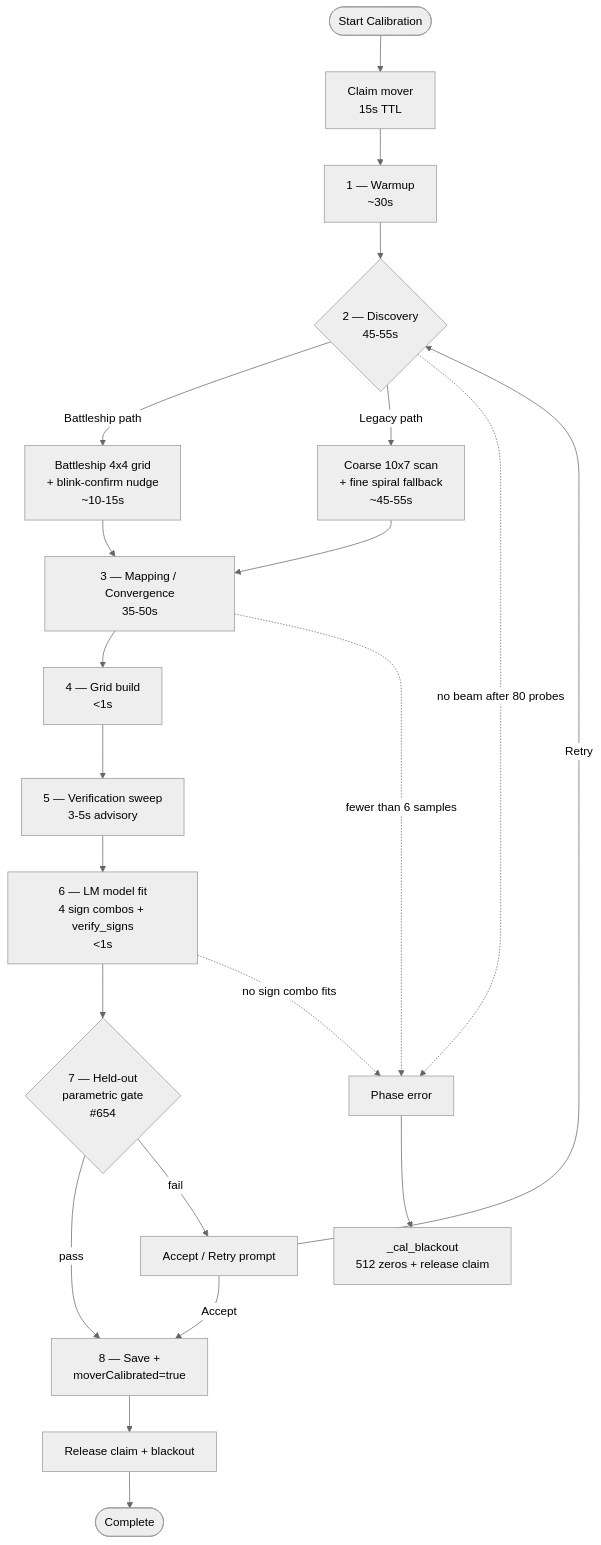
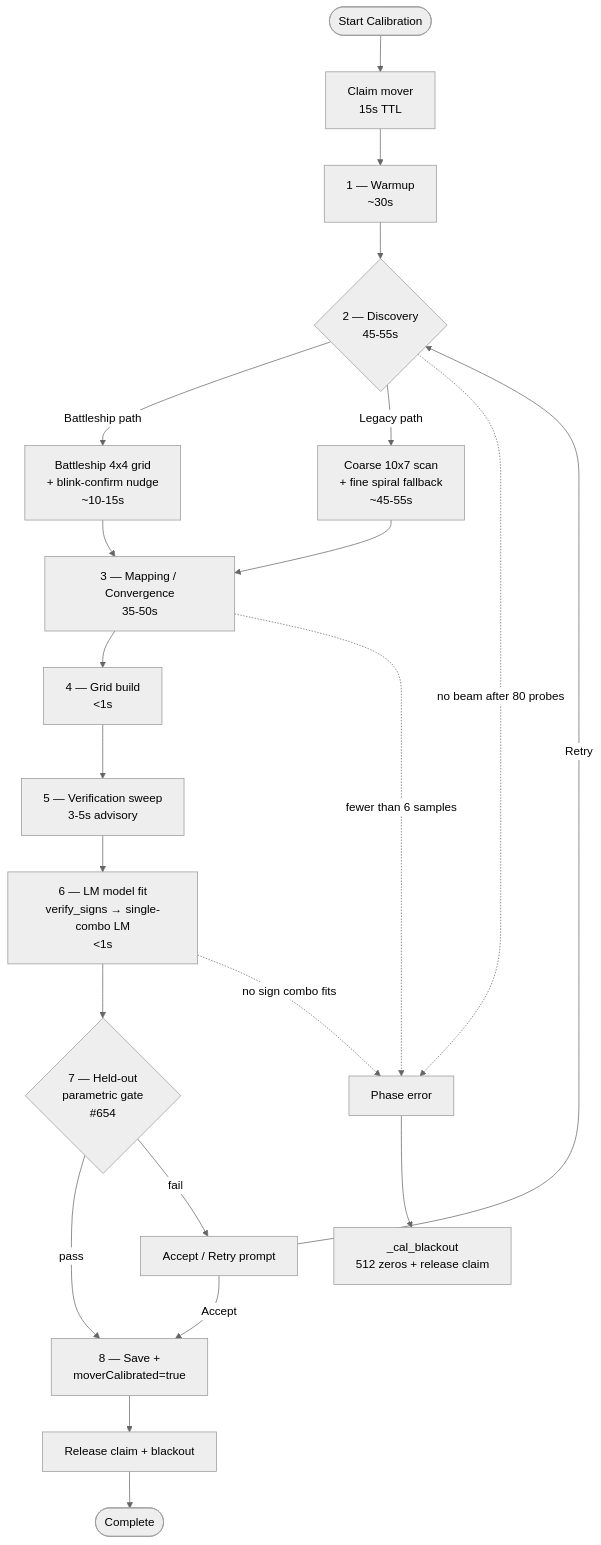
One commit to SlyWombat/SlyLED changed the first of 3 diagrams in docs/src/en/appendix-b-mover-calibration.md. Above: the diagram before and after it, drawn with Mermaid. The commit also changed other lines of this file and 5 other files, not shown here.

````diff
--- a/docs/src/en/appendix-b-mover-calibration.md
+++ b/docs/src/en/appendix-b-mover-calibration.md
@@ -9,26 +9,26 @@
 ```mermaid
 %%{init: {'theme':'neutral'}}%%
 flowchart TD
     Start([Start Calibration]) --> Claim[Claim mover<br/>15s TTL]
     Claim --> Warmup[1 — Warmup<br/>~30s]
     Warmup --> Discovery{2 — Discovery<br/>45-55s}
     Discovery -->|Battleship path| BS[Battleship 4x4 grid<br/>+ blink-confirm nudge<br/>~10-15s]
     Discovery -->|Legacy path| Coarse[Coarse 10x7 scan<br/>+ fine spiral fallback<br/>~45-55s]
     BS --> MapConv[3 — Mapping / Convergence<br/>35-50s]
     Coarse --> MapConv
     MapConv --> Grid[4 — Grid build<br/>&lt;1s]
     Grid --> Verify[5 — Verification sweep<br/>3-5s advisory]
-    Verify --> Fit[6 — LM model fit<br/>4 sign combos + verify_signs<br/>&lt;1s]
+    Verify --> Fit[6 — LM model fit<br/>verify_signs → single-combo LM<br/>&lt;1s]
     Fit --> HoldOut{7 — Held-out<br/>parametric gate<br/>#654}
     HoldOut -->|pass| Save[8 — Save +<br/>moverCalibrated=true]
     HoldOut -->|fail| OperatorRetry[Accept / Retry prompt]
     OperatorRetry -->|Retry| Discovery
     OperatorRetry -->|Accept| Save
     Save --> Release[Release claim + blackout]
     Release --> Done([Complete])
 
     Discovery -.->|no beam after 80 probes| Error
     MapConv -.->|fewer than 6 samples| Error
     Fit -.->|no sign combo fits| Error
     Error[Phase error] --> Blackout[_cal_blackout<br/>512 zeros + release claim]
 ```
````
